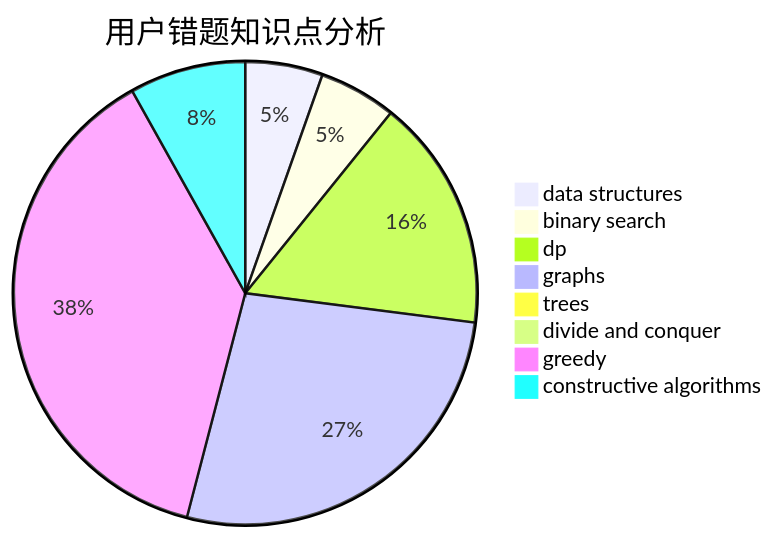
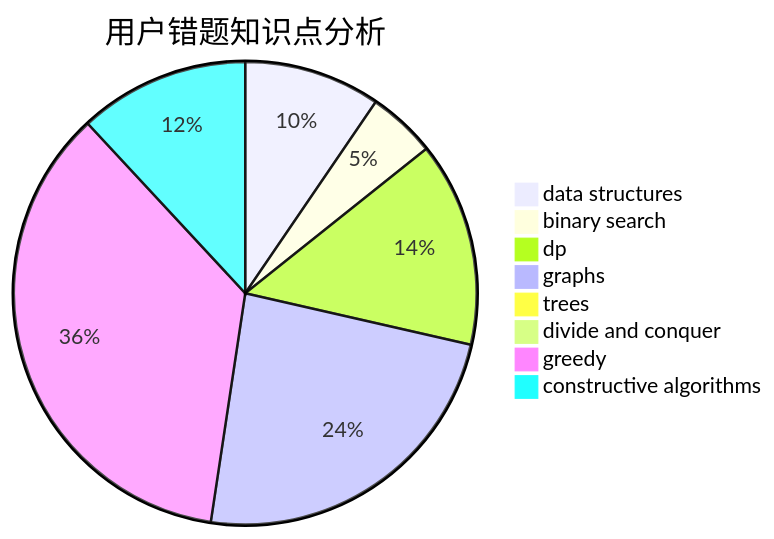
The third of 3 diagrams in docs/user/u2064.md (sherpahu/cfrs.github.io), drawn with Mermaid before and after one commit. The commit also changed other lines of this file and 2770 other files, not shown here.

````diff
--- a/docs/user/u2064.md
+++ b/docs/user/u2064.md
@@ -36,11 +36,11 @@
 ```mermaid
 pie title 用户错题知识点分析
-    "data structures" :  2
+    "data structures" :  4
     "binary search" :  2
     "dp" :  6
     "graphs" :  10
     "trees" :  0
     "divide and conquer" :  0
-    "greedy" :  14
-    "constructive algorithms" :  3
+    "greedy" :  15
+    "constructive algorithms" :  5
 ```
````
